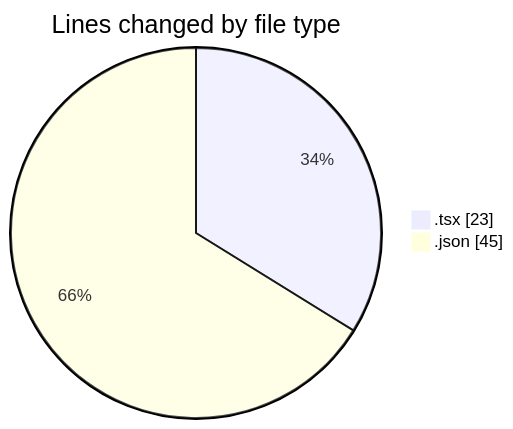
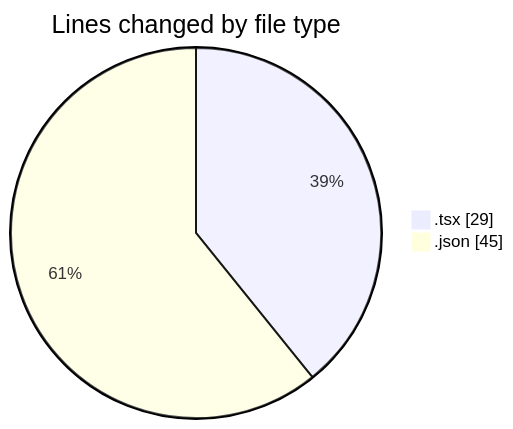
Before and after one commit to momahboobian/code-tracking: the first of 2 diagrams in 2026-08-07/cda/README.md, drawn with Mermaid. The commit also changed other lines of this file and 1 other file, not shown here.

````diff
--- a/2026-08-07/cda/README.md
+++ b/2026-08-07/cda/README.md
@@ -21,6 +23,6 @@
 ```mermaid
 pie showData
 title Lines changed by file type
-".tsx" : 23
+".tsx" : 29
 ".json" : 45
 ```
````
